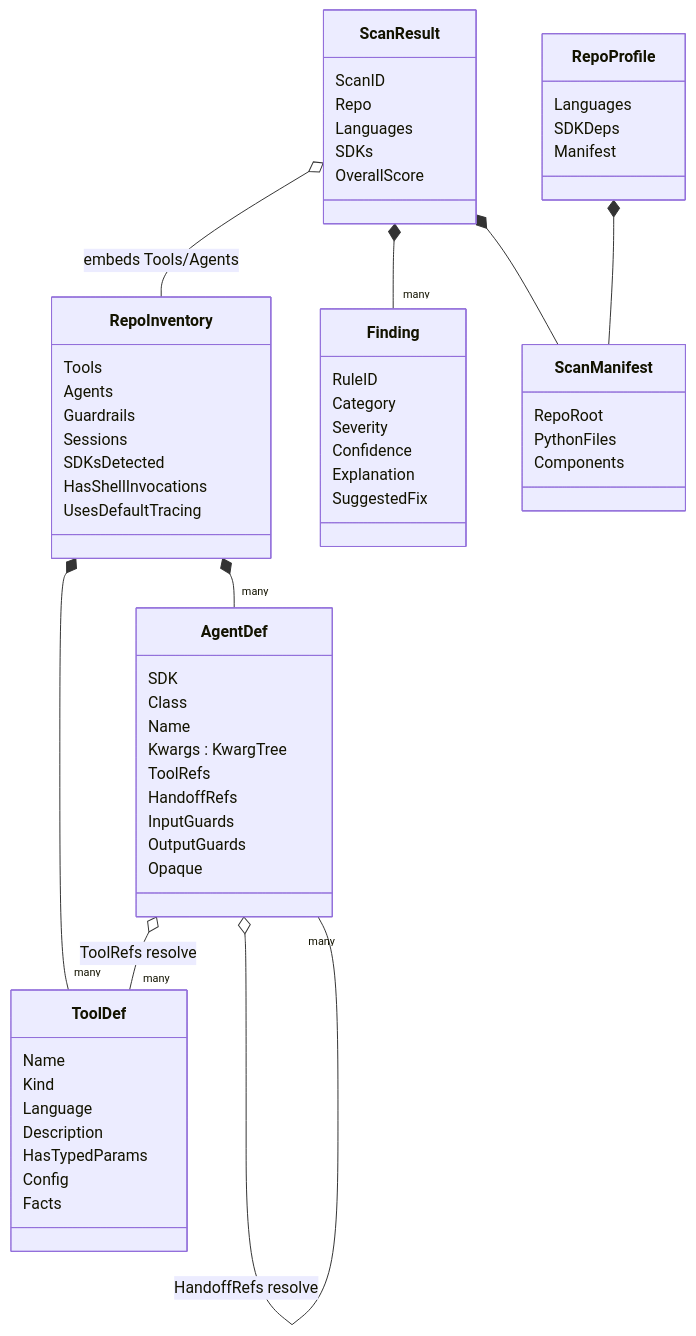
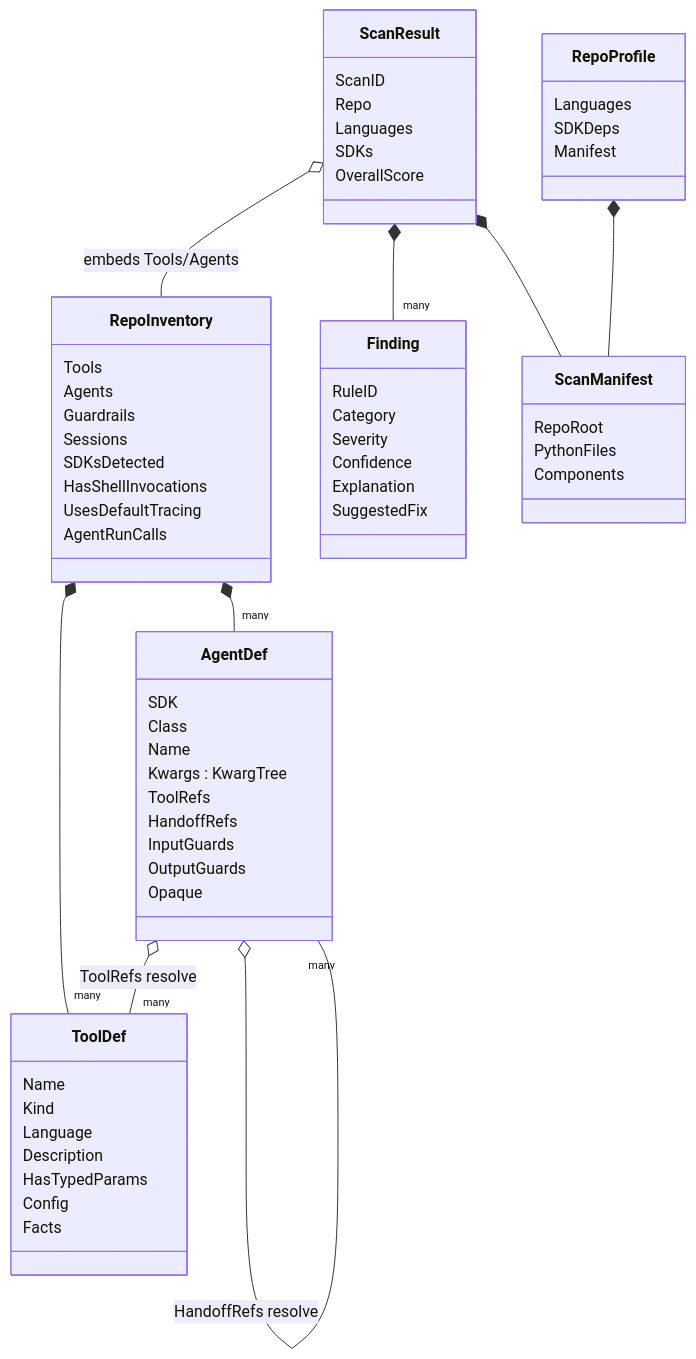
One commit to trustabl/trustabl changed the third of 4 diagrams in ARCHITECTURE.md. Above: the diagram before and after it, drawn with Mermaid. The commit also changed other lines of this file and 1 other file, not shown here.

First line of the commit message:
docs: record shipped execution-limit rules in COVERAGE and ARCHITECTURE

````diff
--- a/ARCHITECTURE.md
+++ b/ARCHITECTURE.md
@@ -1291,66 +1308,67 @@
 ```mermaid
 classDiagram
     class ScanResult {
         ScanID
         Repo
         Languages
         SDKs
         OverallScore
     }
     class RepoProfile {
         Languages
         SDKDeps
         Manifest
     }
     class RepoInventory {
         Tools
         Agents
         Guardrails
         Sessions
         SDKsDetected
         HasShellInvocations
         UsesDefaultTracing
+        AgentRunCalls
     }
     class ToolDef {
         Name
         Kind
         Language
         Description
         HasTypedParams
         Config
         Facts
     }
     class AgentDef {
         SDK
         Class
         Name
         Kwargs : KwargTree
         ToolRefs
         HandoffRefs
         InputGuards
         OutputGuards
         Opaque
     }
     class Finding {
         RuleID
         Category
         Severity
         Confidence
         Explanation
         SuggestedFix
     }
     class ScanManifest {
         RepoRoot
         PythonFiles
         Components
     }
 
     ScanResult o-- RepoInventory : embeds Tools/Agents
     ScanResult *-- "many" Finding
     ScanResult *-- ScanManifest
     RepoProfile *-- ScanManifest
     RepoInventory *-- "many" ToolDef
     RepoInventory *-- "many" AgentDef
     AgentDef o-- "many" ToolDef : ToolRefs resolve
     AgentDef o-- "many" AgentDef : HandoffRefs resolve
 ```
````
